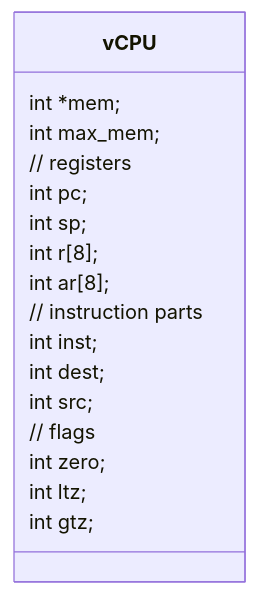
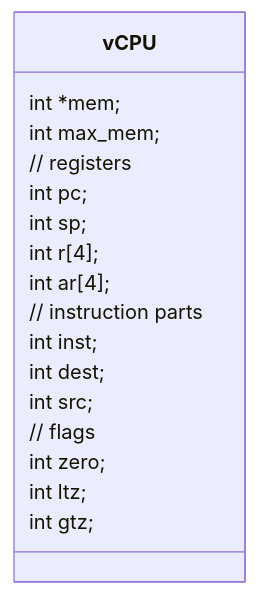
Before and after one commit to algosup/2023-2024-project-3-virtual-processor-team-1: the seventh of 8 diagrams in Documents/TechnicalSpecifications.md, drawn with Mermaid. The commit also changed other lines of this file, not shown here.

````diff
--- a/Documents/TechnicalSpecifications.md
+++ b/Documents/TechnicalSpecifications.md
@@ -885,23 +873,23 @@
   ```mermaid
   classDiagram
    class vCPU{
    int *mem;
 	int max_mem;
 
 	// registers
 	int pc;
 	int sp;
-	int r[8];
-	int ar[8];
+	int r[4];
+	int ar[4];
 
 	// instruction parts
 	int inst;
 	int dest;
 	int  src;
 
 	// flags
 	int zero;
 	int ltz;
 	int gtz;
    }
 ```
````
